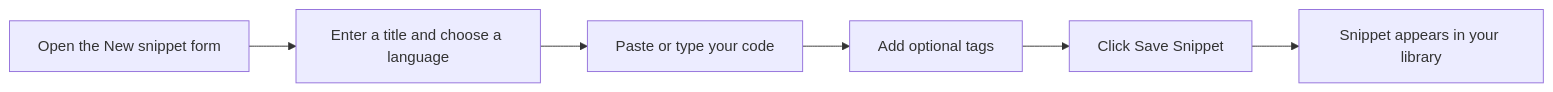
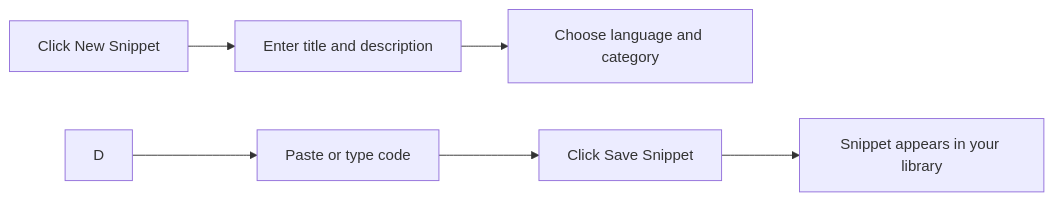
Before and after one commit to Mohita111/API2: the diagram in api2-documentation/plan_2026-11-02_f8890e/user-facing-docs/your-first-snippet-quick-start.md, drawn with Mermaid. The commit also changed other lines of this file and 12 other files, not shown here.

````diff
--- a/api2-documentation/plan_2026-11-02_f8890e/user-facing-docs/your-first-snippet-quick-start.md
+++ b/api2-documentation/plan_2026-11-02_f8890e/user-facing-docs/your-first-snippet-quick-start.md
@@ -14,8 +24,8 @@
 ```mermaid
 graph LR
-  A["Open the New snippet form"] --> B["Enter a title and choose a language"]
-  B --> C["Paste or type your code"]
-  C --> D["Add optional tags"]
-  D --> E["Click Save Snippet"]
-  E --> F["Snippet appears in your library"]
+    A[Click New Snippet] --> B[Enter title and description]
+    B --> C[Choose language and category]
+    D --> E[Paste or type code]
+    E --> F[Click Save Snippet]
+    F --> G[Snippet appears in your library]
 ```
````
